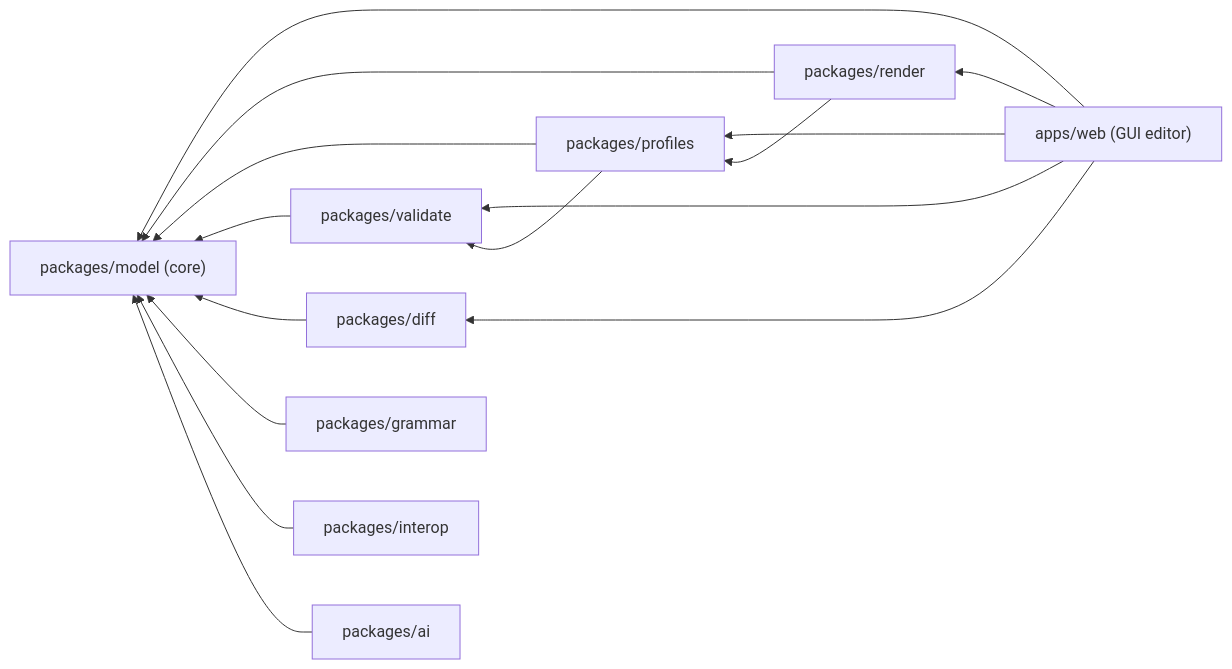
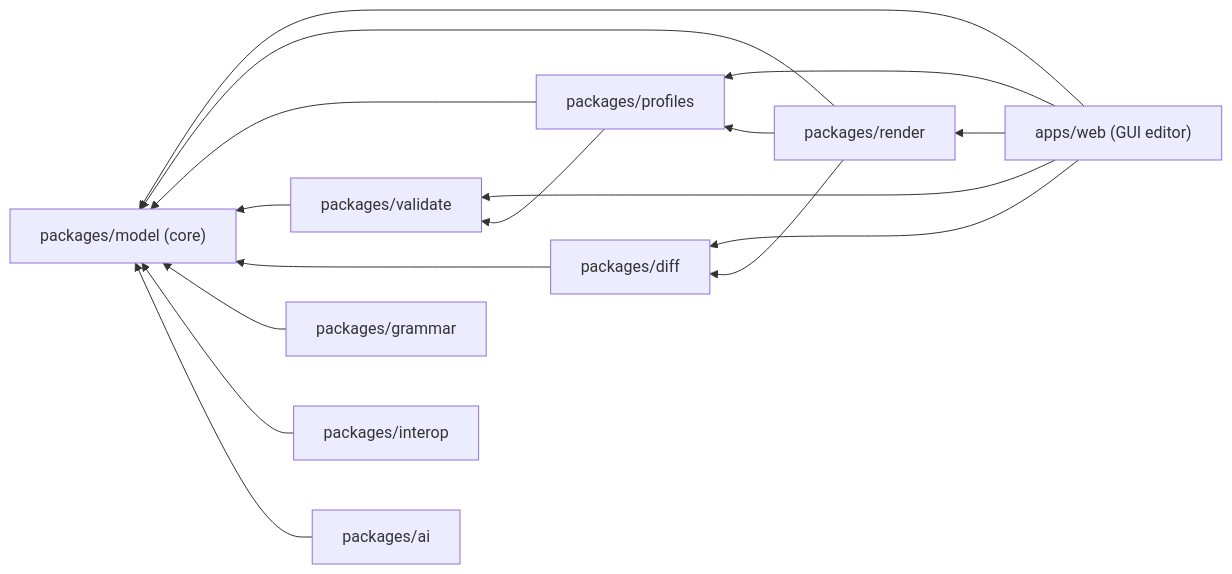
One commit to Pipeliner/psyuml changed the diagram in sdd/README.md. Above: the diagram before and after it, drawn with Mermaid. The commit also changed 7 other files, not shown here.

First line of the commit message:
renderDiff progress card completes the M6 diff view (REQ-VERSIONING-DIFF)

````diff
--- a/sdd/README.md
+++ b/sdd/README.md
@@ -55,18 +55,19 @@
 ```mermaid
 flowchart RL
     web["apps/web (GUI editor)"] --> render
     web --> validate
     web --> profiles
     web --> diff
     web --> model
     render["packages/render"] --> profiles
+    render --> diff
     render --> model
     profiles["packages/profiles"] --> validate
     profiles --> model
     validate["packages/validate"] --> model
     diff["packages/diff"] --> model
     grammar["packages/grammar"] --> model
     interop["packages/interop"] --> model
     ai["packages/ai"] --> model
     model["packages/model (core)"]
 ```
````
